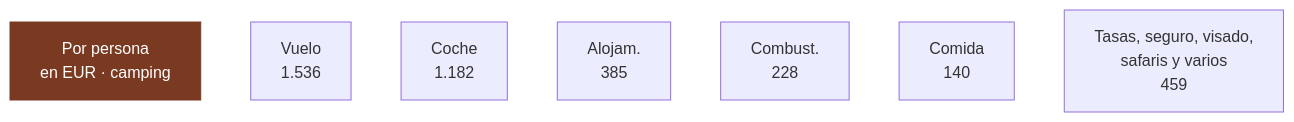
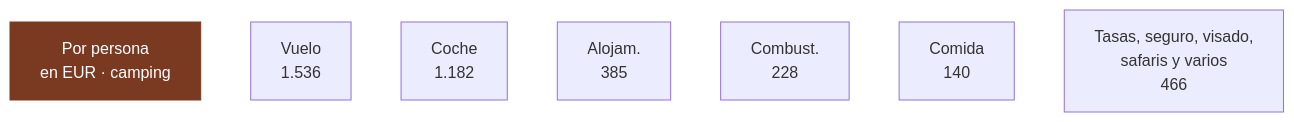
Before and after one commit to morandeirachema/namibia: the seventh of 8 diagrams in 02-presupuesto.md, drawn with Mermaid. The commit also changed other lines of this file and 24 other files, not shown here.

````diff
--- a/02-presupuesto.md
+++ b/02-presupuesto.md
@@ -637,17 +645,17 @@
 ```mermaid
 flowchart LR
     T["Por persona<br/>en EUR · camping"]
     n0["Vuelo<br/>1.536"]
     n1["Coche<br/>1.182"]
     n2["Alojam.<br/>385"]
     n3["Combust.<br/>228"]
     n4["Comida<br/>140"]
-    n5["Tasas, seguro, visado,<br/>safaris y varios<br/>459"]
+    n5["Tasas, seguro, visado,<br/>safaris y varios<br/>466"]
     T ~~~ n0
     n0 ~~~ n1
     n1 ~~~ n2
     n2 ~~~ n3
     n3 ~~~ n4
     n4 ~~~ n5
     style T fill:#7a3a22,color:#fff,stroke:#7a3a22
 ```
````
